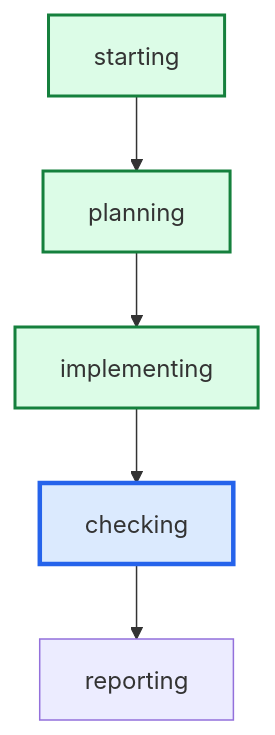
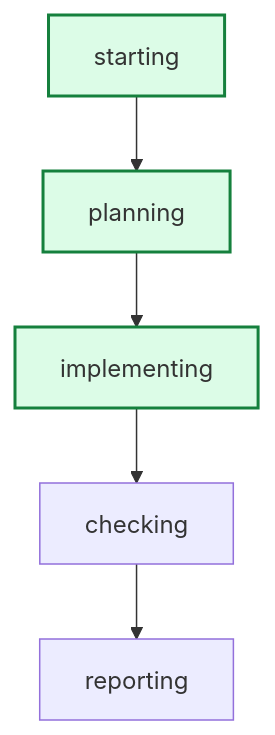
One commit to daniell0gda/hermes-feature-check-dashboard changed the diagram in latest/graph.mmd. Above: the diagram before and after it, drawn with Mermaid. The commit also changed 17 other files, not shown here.

```diff
--- a/latest/graph.mmd
+++ b/latest/graph.mmd
@@ -1,13 +1,12 @@
 graph TD
     starting --> planning
     planning --> implementing
     implementing --> checking
     checking --> reporting
 
 classDef done fill:#dcfce7,stroke:#15803d,stroke-width:2px;
 classDef active fill:#dbeafe,stroke:#2563eb,stroke-width:3px;
 classDef failed fill:#fee2e2,stroke:#b42318,stroke-width:2px;
-class checking active;
+class implementing done;
+class planning done;
 class starting done;
-class planning done;
-class implementing done;
```
